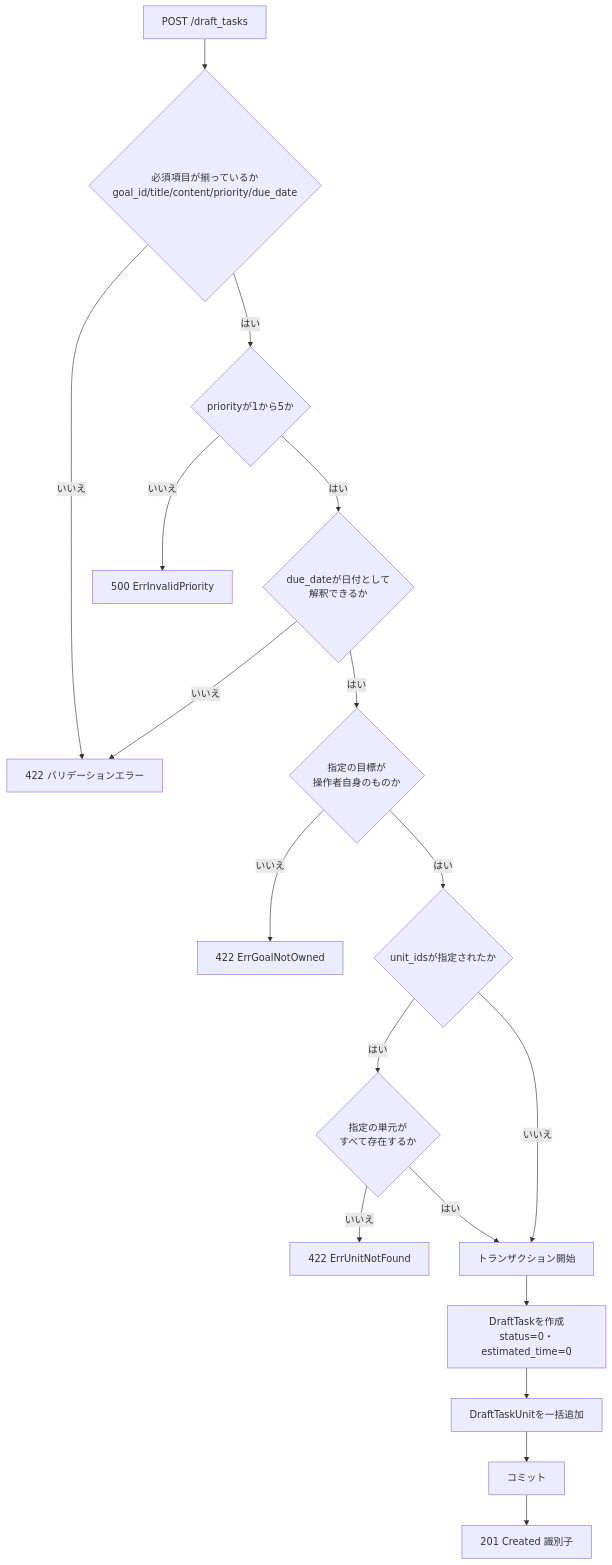
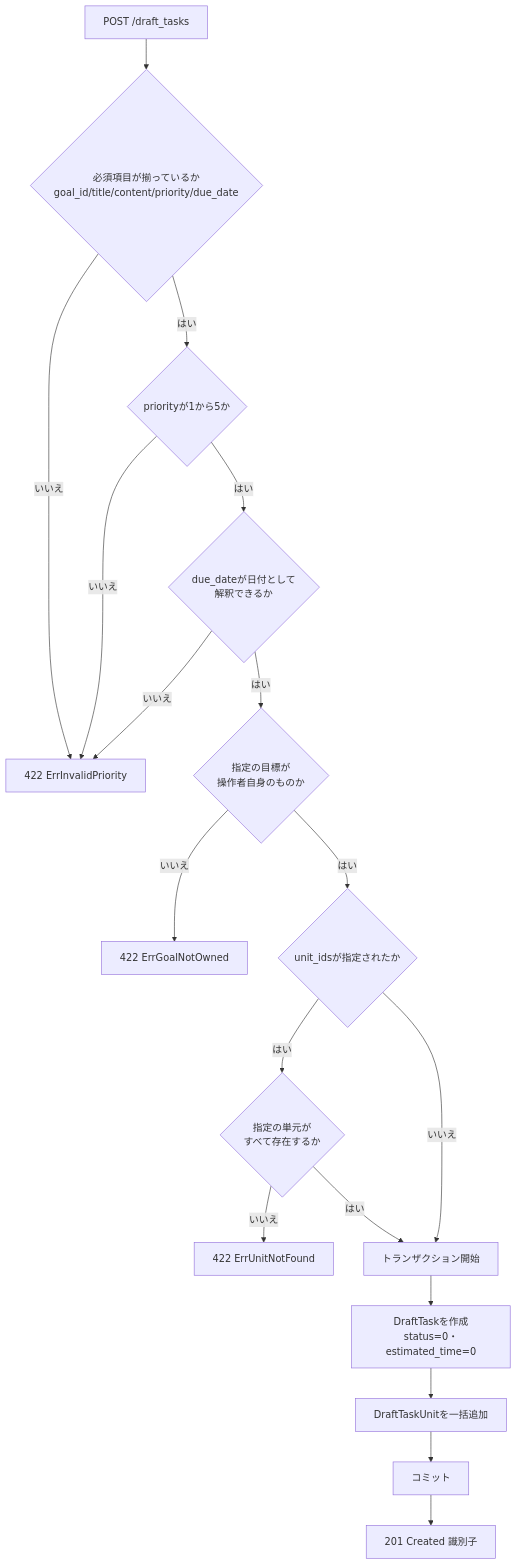
Before and after one commit to yuta20253/edu-platform-go-design: the fifth of 5 diagrams in 計画書/Go実装仕様書/タスク下書き機能_Go実装仕様書.md, drawn with Mermaid. The commit also changed other lines of this file and 42 other files, not shown here.

````diff
--- a/計画書/Go実装仕様書/タスク下書き機能_Go実装仕様書.md
+++ b/計画書/Go実装仕様書/タスク下書き機能_Go実装仕様書.md
@@ -409,20 +408,20 @@
 ```mermaid
 flowchart TD
     A[POST /draft_tasks] --> B{必須項目が揃っているか<br/>goal_id/title/content/priority/due_date}
     B -- いいえ --> E422[422 バリデーションエラー]
     B -- はい --> C{priorityが1から5か}
-    C -- いいえ --> E500[500 ErrInvalidPriority]
+    C -- いいえ --> E422[422 ErrInvalidPriority]
     C -- はい --> D{due_dateが日付として<br/>解釈できるか}
     D -- いいえ --> E422
     D -- はい --> F{指定の目標が<br/>操作者自身のものか}
     F -- いいえ --> E422B[422 ErrGoalNotOwned]
     F -- はい --> G{unit_idsが指定されたか}
     G -- はい --> H{指定の単元が<br/>すべて存在するか}
     H -- いいえ --> E422C[422 ErrUnitNotFound]
     H -- はい --> I[トランザクション開始]
     G -- いいえ --> I
     I --> J[DraftTaskを作成<br/>status=0・estimated_time=0]
     J --> K[DraftTaskUnitを一括追加]
     K --> L[コミット]
     L --> M[201 Created 識別子]
 ```
````
